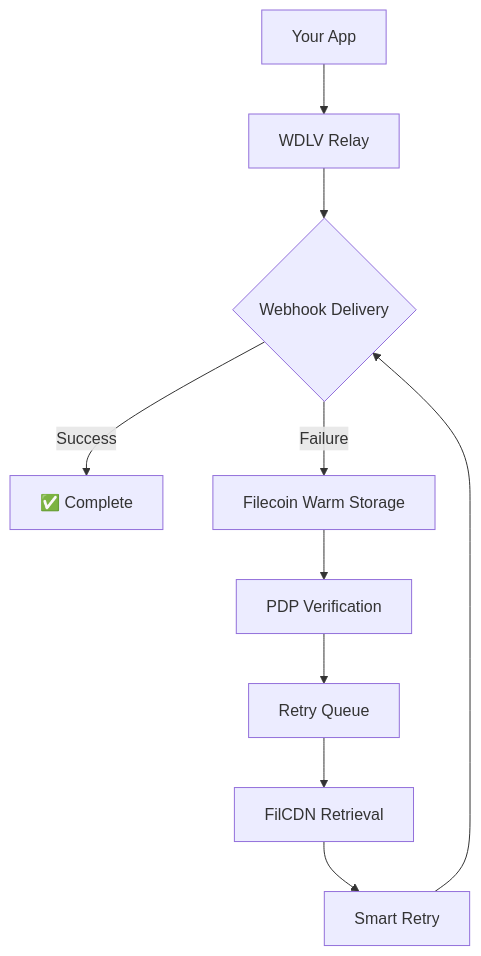
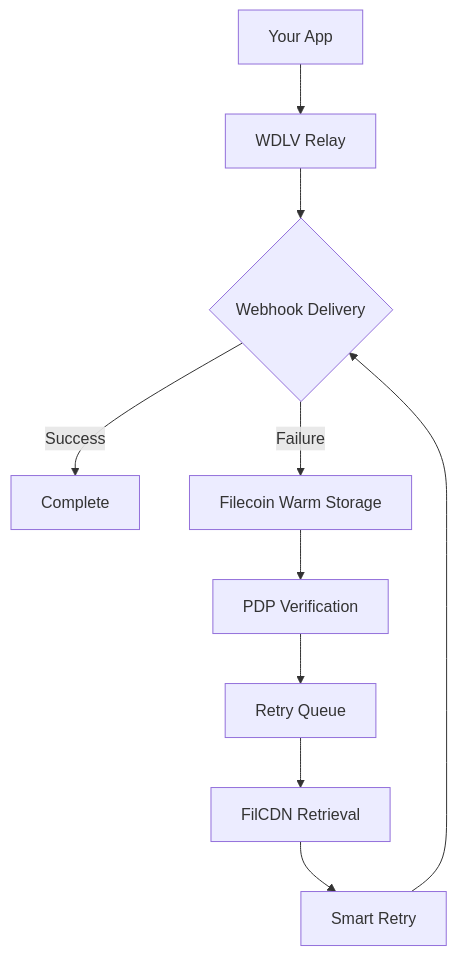
One commit to M4N4N22/Webhook-Dead-Letter-Vault-WDLV changed the diagram in README.md. Above: the diagram before and after it, drawn with Mermaid. The commit also changed other lines of this file, not shown here.

````diff
--- a/README.md
+++ b/README.md
@@ -45,12 +45,12 @@
 ```mermaid
 graph TB
     A[Your App] --> B[WDLV Relay]
     B --> C{Webhook Delivery}
-    C -->|Success| D[✅ Complete]
+    C -->|Success| D[Complete]
     C -->|Failure| E[Filecoin Warm Storage]
     E --> F[PDP Verification]
     F --> G[Retry Queue]
     G --> H[FilCDN Retrieval]
     H --> I[Smart Retry]
     I --> C
 ```
````
